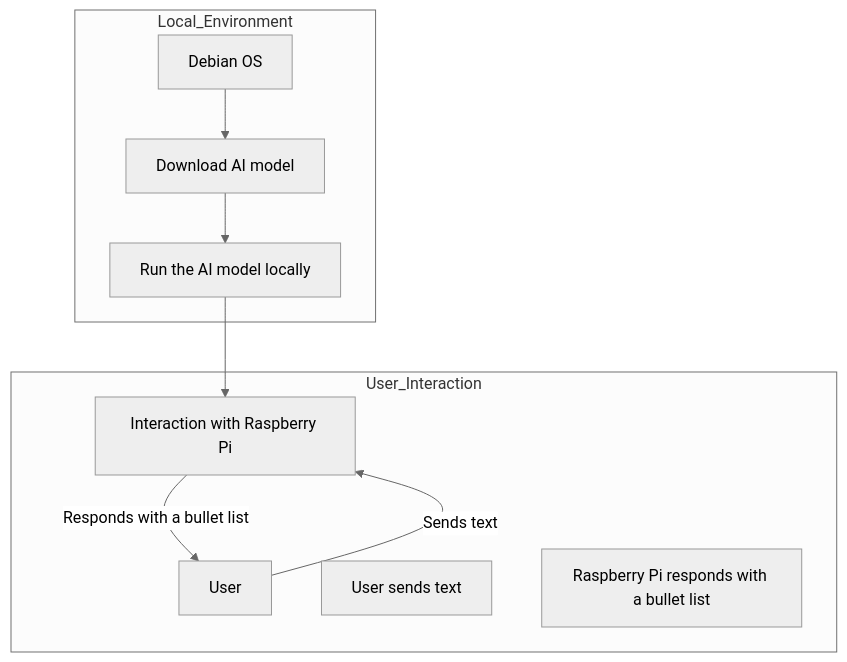
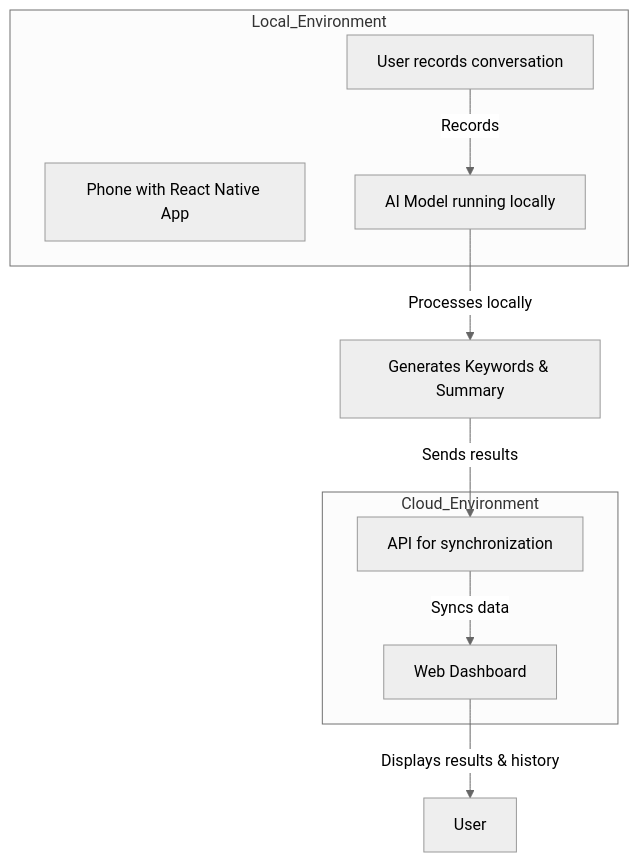
The diagram in README.md (OoscarFrank/FastExtraction), drawn with Mermaid (neutral theme) before and after one commit. The commit also changed other lines of this file, not shown here.

````diff
--- a/README.md
+++ b/README.md
@@ -63,21 +77,19 @@
 ```mermaid
 graph TD
     subgraph Local_Environment
-        Debian[Debian OS]
-        ModelDownload[Download AI model]
-        LocalRun[Run the AI model locally]
+        Phone[Phone with React Native App]
+        LocalAI[AI Model running locally]
+        UserInteraction[User records conversation]
     end
 
-    subgraph User_Interaction
-        User[User]
-        Raspberry[Interaction with Raspberry Pi]
-        UserText[User sends text]
-        RaspResponse[Raspberry Pi responds with a bullet list]
+    subgraph Cloud_Environment
+        API[API for synchronization]
+        Dashboard[Web Dashboard]
     end
 
-    Debian --> ModelDownload
-    ModelDownload --> LocalRun
-    User -->|Sends text| Raspberry
-    Raspberry -->|Responds with a bullet list| User
-    LocalRun --> Raspberry
+    UserInteraction -->|Records| LocalAI
+    LocalAI -->|Processes locally| KeywordsAndSummary[Generates Keywords & Summary]
+    KeywordsAndSummary -->|Sends results| API
+    API -->|Syncs data| Dashboard
+    Dashboard -->|Displays results & history| User
 ```
````
